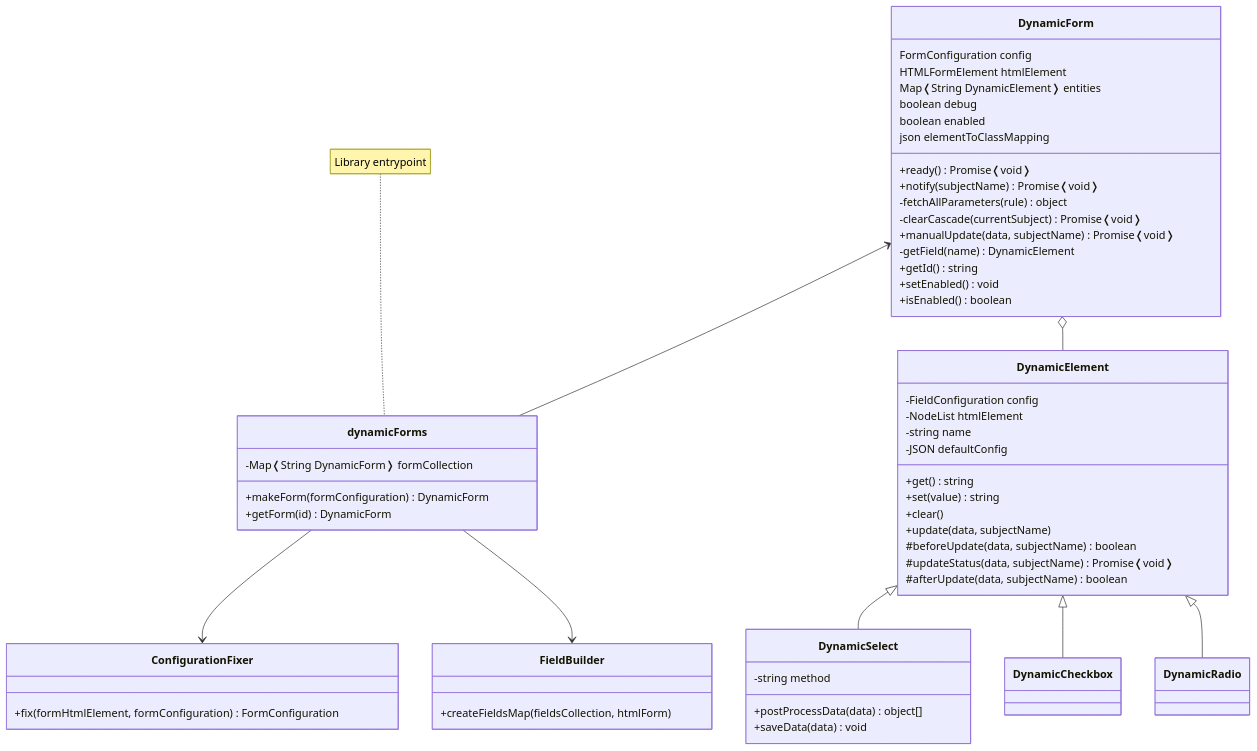
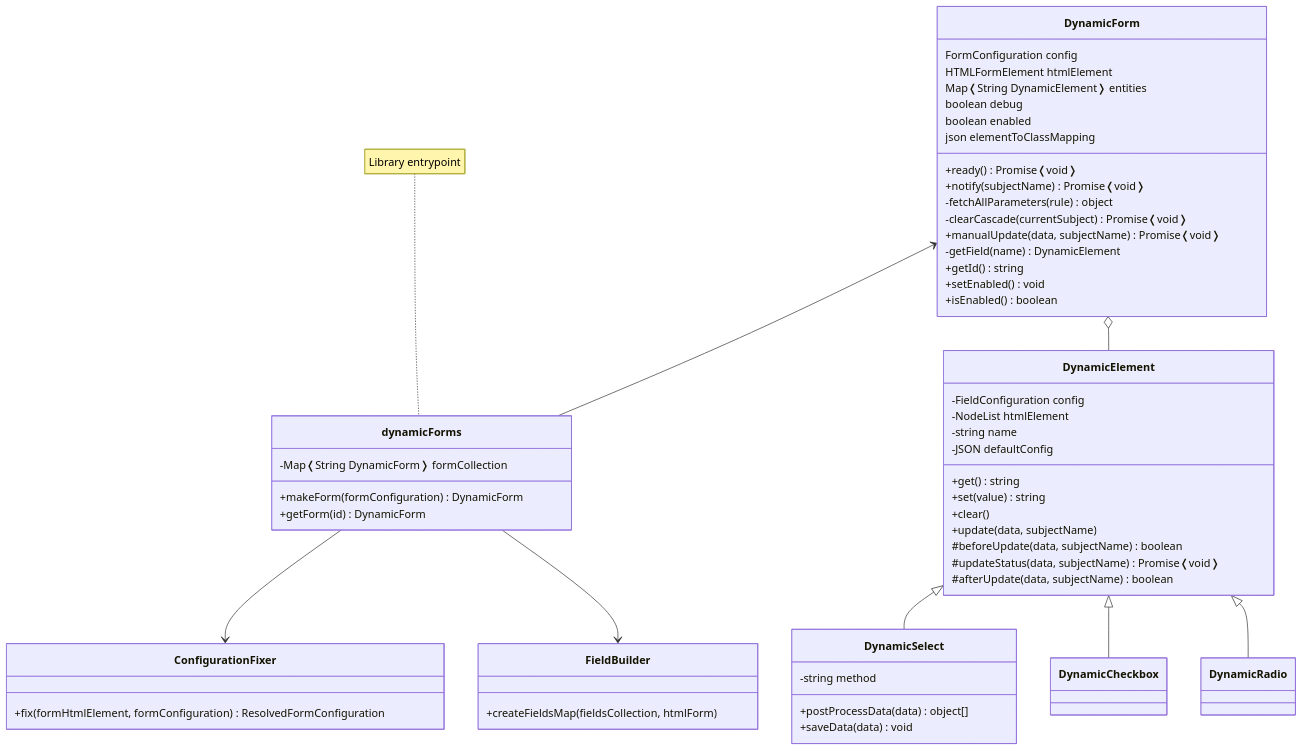
One commit to simomosi/dynamic-forms changed the diagram in docs/dev/contribute.md. Above: the diagram before and after it, drawn with Mermaid. The commit also changed 15 other files, not shown here.

````diff
--- a/docs/dev/contribute.md
+++ b/docs/dev/contribute.md
@@ -41,69 +41,69 @@
 ```mermaid
 classDiagram
 
     class DynamicForm {
         FormConfiguration config
         HTMLFormElement htmlElement
         Map❬String DynamicElement❭ entities
         boolean debug
         boolean enabled
         json elementToClassMapping
 
         +ready() Promise❬void❭
         +notify(subjectName) Promise❬void❭
         -fetchAllParameters(rule) object
         -clearCascade(currentSubject) Promise❬void❭
         +manualUpdate(data, subjectName) Promise❬void❭
         -getField(name) DynamicElement
         +getId() string
         +setEnabled() void
         +isEnabled() boolean
     }
 
     class dynamicForms {
         -Map❬String DynamicForm❭ formCollection
         +makeForm(formConfiguration) DynamicForm
         +getForm(id) DynamicForm
     }
 
     note for dynamicForms "Library entrypoint"
 
     class ConfigurationFixer {
-        +fix(formHtmlElement, formConfiguration) FormConfiguration
+        +fix(formHtmlElement, formConfiguration) ResolvedFormConfiguration
     }
 
     class FieldBuilder {
         +createFieldsMap(fieldsCollection, htmlForm)
     }
 
     class DynamicElement {
         -FieldConfiguration config
         -NodeList htmlElement
         -string name
         -JSON defaultConfig
         +get() string
         +set(value) string
         +clear()
         +update(data, subjectName)
         #beforeUpdate(data, subjectName) boolean
         #updateStatus(data, subjectName) Promise❬void❭
         #afterUpdate(data, subjectName) boolean
     }
 
     class DynamicSelect {
         -string method
         +postProcessData(data) object[]
         +saveData(data) void
     }
 
     dynamicForms --> ConfigurationFixer
     dynamicForms --> FieldBuilder
 
     DynamicForm <-- dynamicForms
     DynamicForm o-- DynamicElement
 
     DynamicElement <|-- DynamicSelect
     DynamicElement <|-- DynamicCheckbox
     DynamicElement <|-- DynamicRadio
 
 ```
````
